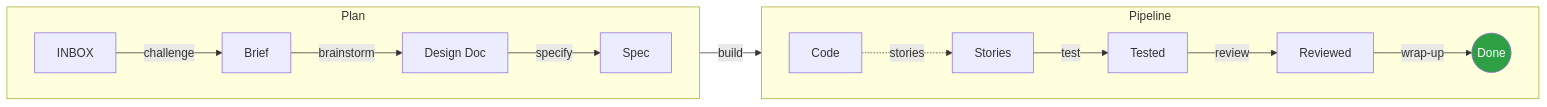
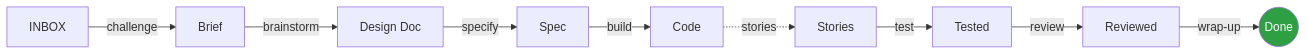
Before and after one commit to thomasholknielsen/claude-tweaks: the second of 2 diagrams in README.md, drawn with Mermaid. The commit also changed other lines of this file, not shown here.

Commit message:
Fix Mermaid rendering — drop direction TB (ignored by GitHub), shorten labels
GitHub's Mermaid ignores direction inside subgraphs. Removed the
no-op directives, shortened Pipeline subgraph label to prevent cutoff,
made brainstorm node dashed-border for clearer visual distinction.

````diff
--- a/README.md
+++ b/README.md
@@ -328,21 +321,13 @@
 ```mermaid
 graph LR
-  subgraph Plan
-    direction LR
-    inbox["INBOX"] -->|challenge| brief["Brief"]
-    brief -->|brainstorm| design["Design Doc"]
-    design -->|specify| spec["Spec"]
-  end
-
-  subgraph Pipeline
-    direction LR
-    code["Code"] -.->|stories| yaml["Stories"]
-    yaml -->|test| pass["Tested"]
-    pass -->|review| summary["Reviewed"]
-    summary -->|wrap-up| done(("Done"))
-  end
-
-  spec -->|build| code
+  inbox["INBOX"] -->|challenge| brief["Brief"]
+  brief -->|brainstorm| design["Design Doc"]
+  design -->|specify| spec["Spec"]
+  spec -->|build| code["Code"]
+  code -.->|stories| yaml["Stories"]
+  yaml -->|test| pass["Tested"]
+  pass -->|review| summary["Reviewed"]
+  summary -->|wrap-up| done(("Done"))
 
   style done fill:#2ea043,color:#fff
 ```
````
